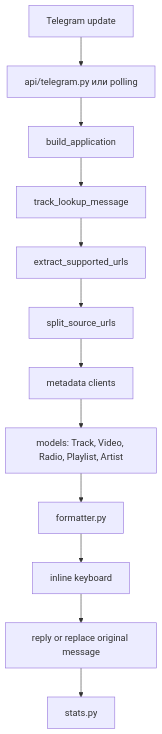
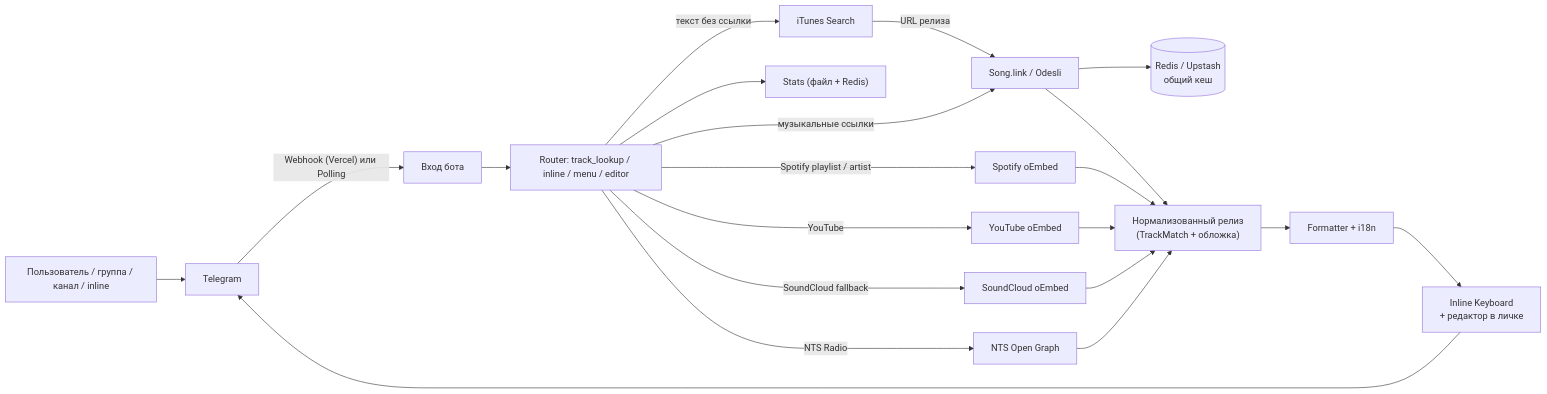
Before and after one commit to StonerHand/stonerhand-soundlinks-bot: the diagram in ARCHITECTURE.ru.md, drawn with Mermaid. The commit also changed other lines of this file and 7 other files, not shown here.

First line of the commit message:
Inline search offers multiple results; add MIT license; refresh architecture doc

````diff
--- a/ARCHITECTURE.ru.md
+++ b/ARCHITECTURE.ru.md
@@ -13,14 +7,23 @@
 ```mermaid
-flowchart TD
-    A["Telegram update"] --> B["api/telegram.py или polling"]
-    B --> C["build_application"]
-    C --> D["track_lookup_message"]
-    D --> E["extract_supported_urls"]
-    E --> F["split_source_urls"]
-    F --> G["metadata clients"]
-    G --> H["models: Track, Video, Radio, Playlist, Artist"]
-    H --> I["formatter.py"]
-    I --> J["inline keyboard"]
-    J --> K["reply or replace original message"]
-    K --> L["stats.py"]
+flowchart LR
+    U["Пользователь / группа / канал / inline"] --> T["Telegram"]
+    T -->|"Webhook (Vercel) или Polling"| H["Вход бота"]
+    H --> R["Router: track_lookup / inline / menu / editor"]
+    R -->|"текст без ссылки"| SRCH["iTunes Search"]
+    SRCH -->|"URL релиза"| S
+    R -->|"музыкальные ссылки"| S["Song.link / Odesli"]
+    R -->|"Spotify playlist / artist"| O1["Spotify oEmbed"]
+    R -->|"YouTube"| O2["YouTube oEmbed"]
+    R -->|"SoundCloud fallback"| O3["SoundCloud oEmbed"]
+    R -->|"NTS Radio"| O4["NTS Open Graph"]
+    S --> KV[("Redis / Upstash\nобщий кеш")]
+    S --> N["Нормализованный релиз\n(TrackMatch + обложка)"]
+    O1 --> N
+    O2 --> N
+    O3 --> N
+    O4 --> N
+    N --> F["Formatter + i18n"]
+    F --> K["Inline Keyboard\n+ редактор в личке"]
+    K --> T
+    R --> ST["Stats (файл + Redis)"]
 ```
````
